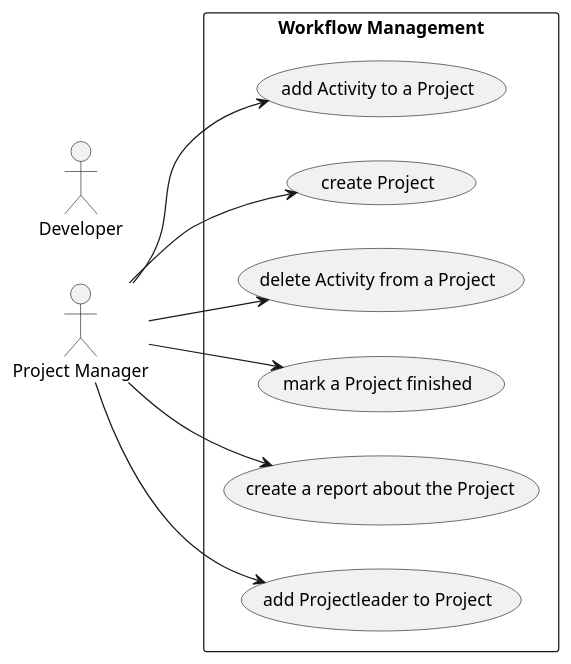
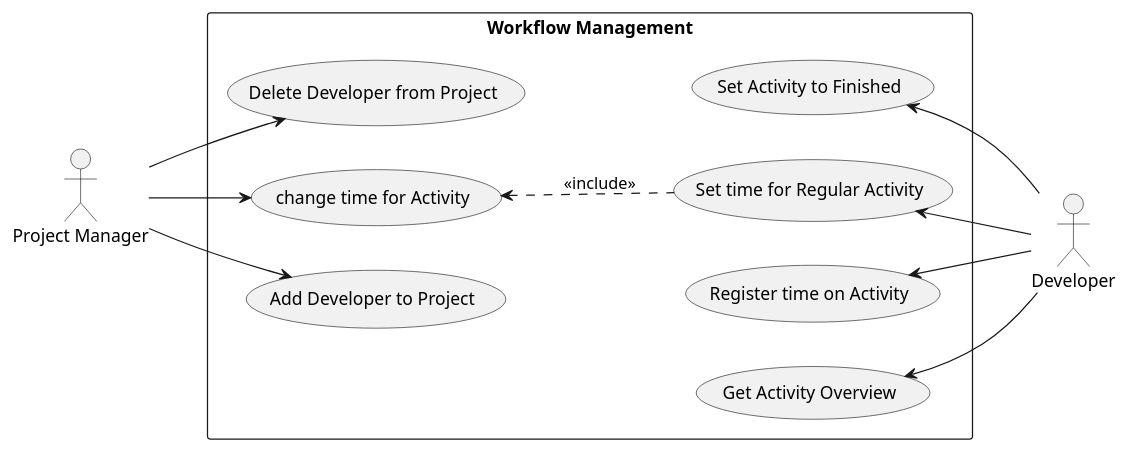
Before and after one commit to Maccen26/Software1_Exam: the diagram in documentation/Mads/usecase_diagrams/workflow.iuml, drawn with PlantUML. The commit also changed 14 other files, not shown here.

```diff
--- a/documentation/Mads/usecase_diagrams/workflow.iuml
+++ b/documentation/Mads/usecase_diagrams/workflow.iuml
@@ -1,29 +1,37 @@
 @startuml
 
 left to right direction
 
 actor "Project Manager" as PM
 actor "Developer" as DV 
 
 rectangle "Workflow Management" {
-  usecase "create Project" as createProject 
-  usecase "mark a Project finished" as markProject
-  usecase "add Activity to a Project" as addActivity
-  usecase "delete Activity from a Project" as deleteActivity
-  usecase "create a report about the Project" as createReport
-  usecase "add Projectleader to Project" as addProjectLeader
-  
-  createProject -[hidden]right- addActivity
-  markProject -[hidden]right- deleteActivity
+  usecase "change time for Activity" as changeActivityTime 
+  usecase "Set time for Regular Activity" as sTfRA
+  usecase "Add Developer to Project" as aDtP
+  usecase "Delete Developer from Project" as dDtP
+  usecase "Register time on Activity" as rToA 
+  usecase "Set Activity to Finished" as sAtF
+  usecase "Get Activity Overview" as gAO
+
+  sTfRA .up.> changeActivityTime: <<include>>
+
+  rToA-[hidden]right->sTfRA
+  sTfRA-[hidden]right->sAtF
+  gAO-[hidden]right->rToA
 
 }
 
-PM --> createProject
-PM --> markProject
-PM --> addActivity
-PM --> deleteActivity 
-PM --> createReport
-PM --> addProjectLeader
+PM --> changeActivityTime 
+PM --> aDtP
+PM -> dDtP
+
+DV -up-> sTfRA 
+DV -up-> rToA 
+DV -up->sAtF
+DV -up-> gAO
+
+
 
 
 @enduml
```
